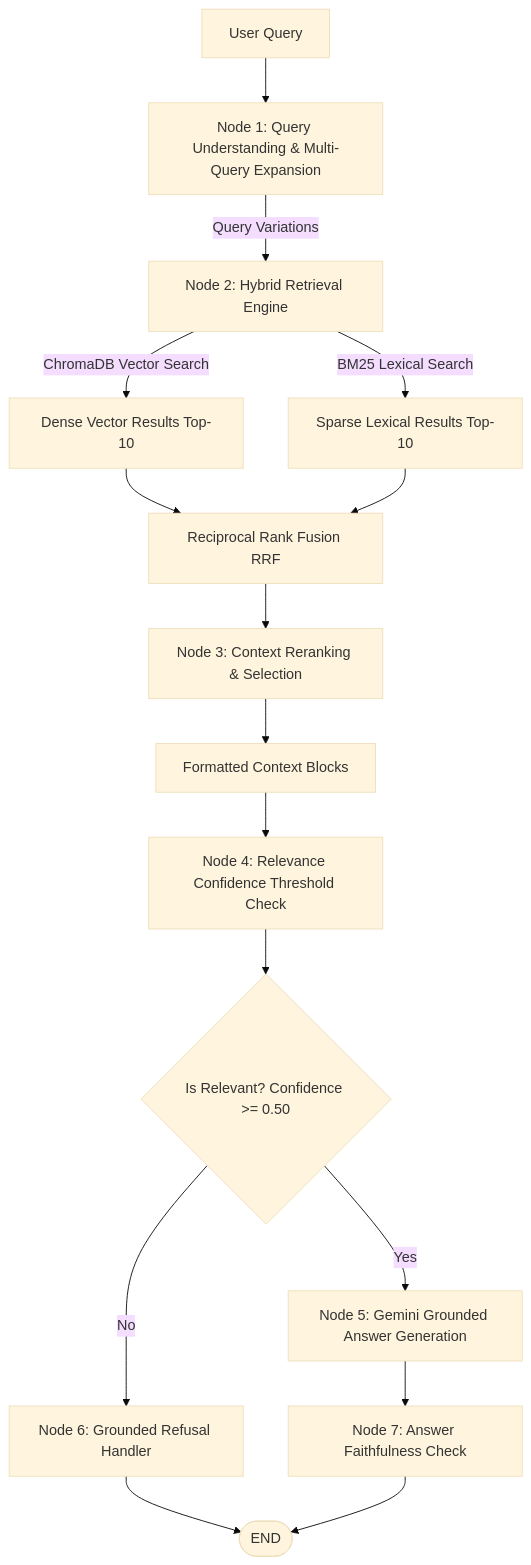
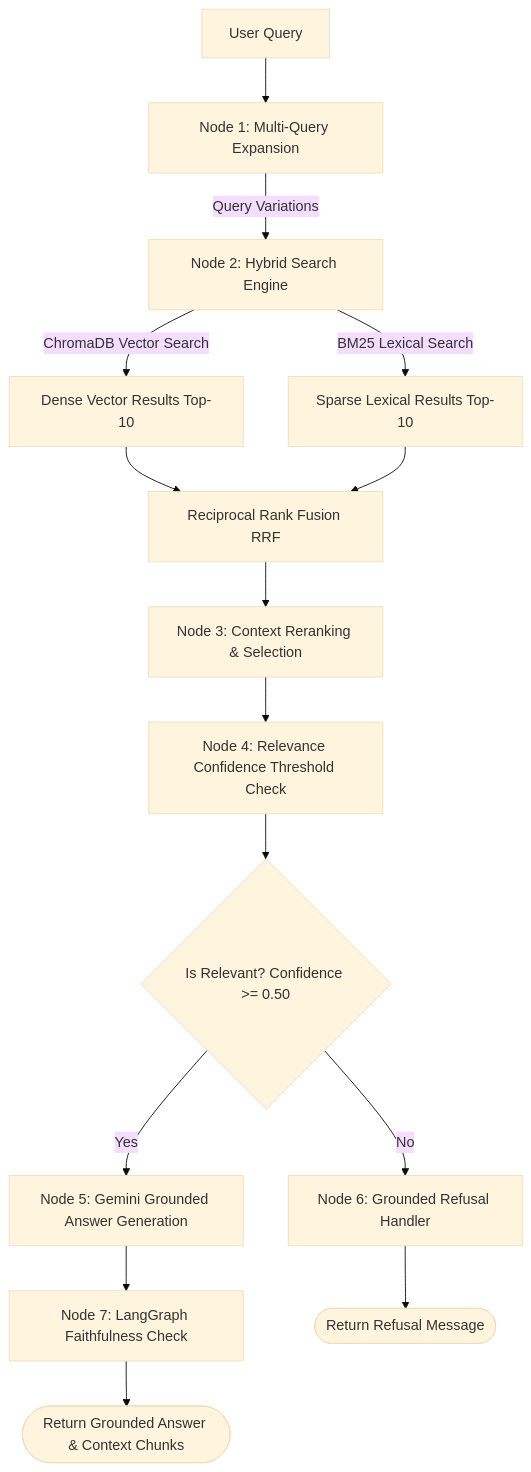
Before and after one commit to Agastin03/RAG: the second of 2 diagrams in README.md, drawn with Mermaid (base theme). The commit also changed other lines of this file, not shown here.

Commit message:
update readme with detailed horizontal system flowchart

````diff
--- a/README.md
+++ b/README.md
@@ -17,18 +53,17 @@
 ```mermaid
 flowchart TD
-    UQ[User Query] --> QU[Node 1: Query Understanding & Multi-Query Expansion]
-    QU -->|Query Variations| HR[Node 2: Hybrid Retrieval Engine]
+    UQ[User Query] --> QU[Node 1: Multi-Query Expansion]
+    QU -->|Query Variations| HR[Node 2: Hybrid Search Engine]
     HR -->|ChromaDB Vector Search| DENSE[Dense Vector Results Top-10]
     HR -->|BM25 Lexical Search| SPARSE[Sparse Lexical Results Top-10]
     DENSE --> RRF[Reciprocal Rank Fusion RRF]
     SPARSE --> RRF
     RRF --> RR[Node 3: Context Reranking & Selection]
-    RR --> CS[Formatted Context Blocks]
-    CS --> EVAL[Node 4: Relevance Confidence Threshold Check]
+    RR --> EVAL[Node 4: Relevance Confidence Threshold Check]
     EVAL --> COND{Is Relevant? Confidence >= 0.50}
     COND -->|Yes| GEN[Node 5: Gemini Grounded Answer Generation]
     COND -->|No| REF[Node 6: Grounded Refusal Handler]
-    GEN --> VAL[Node 7: Answer Faithfulness Check]
-    REF --> END([END])
-    VAL --> END
+    GEN --> VAL[Node 7: LangGraph Faithfulness Check]
+    REF --> END1([Return Refusal Message])
+    VAL --> END2([Return Grounded Answer & Context Chunks])
 ```
````
